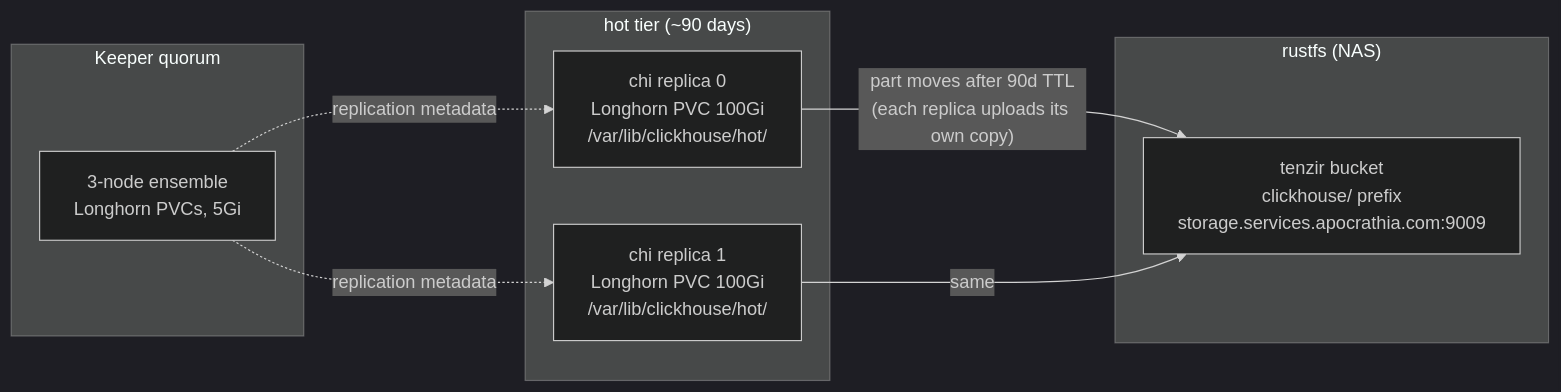
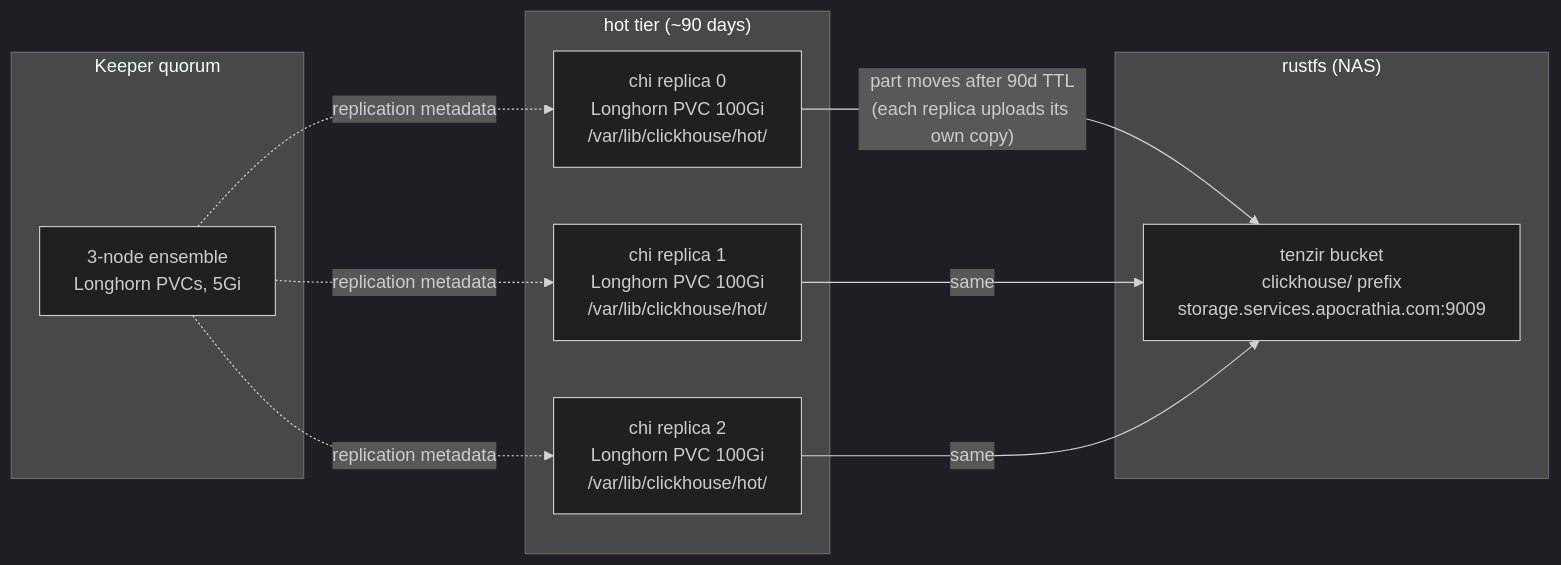
One commit to Apocrathia/homelab changed the second of 2 diagrams in flux/manifests/04-apps/security/tenzir/clickhouse/README.md. Above: the diagram before and after it, drawn with Mermaid (dark theme). The commit also changed other lines of this file and 2 other files, not shown here.

First line of the commit message:
feat(clickhouse): restore third data replica

````diff
--- a/flux/manifests/04-apps/security/tenzir/clickhouse/README.md
+++ b/flux/manifests/04-apps/security/tenzir/clickhouse/README.md
@@ -244,17 +244,20 @@
 ```mermaid
 flowchart LR
     subgraph HOT["hot tier (~90 days)"]
         PVC0["chi replica 0<br/>Longhorn PVC 100Gi<br/>/var/lib/clickhouse/hot/"]
         PVC1["chi replica 1<br/>Longhorn PVC 100Gi<br/>/var/lib/clickhouse/hot/"]
+        PVC2["chi replica 2<br/>Longhorn PVC 100Gi<br/>/var/lib/clickhouse/hot/"]
     end
     subgraph KEEP["Keeper quorum"]
         K["3-node ensemble<br/>Longhorn PVCs, 5Gi"]
     end
     subgraph RUSTFS["rustfs (NAS)"]
         S3["tenzir bucket<br/>clickhouse/ prefix<br/>storage.services.apocrathia.com:9009"]
     end
     PVC0 -->|"part moves after 90d TTL<br/>(each replica uploads its own copy)"| S3
     PVC1 -->|"same"| S3
+    PVC2 -->|"same"| S3
     K -.->|"replication metadata"| PVC0
     K -.->|"replication metadata"| PVC1
+    K -.->|"replication metadata"| PVC2
 ```
````
